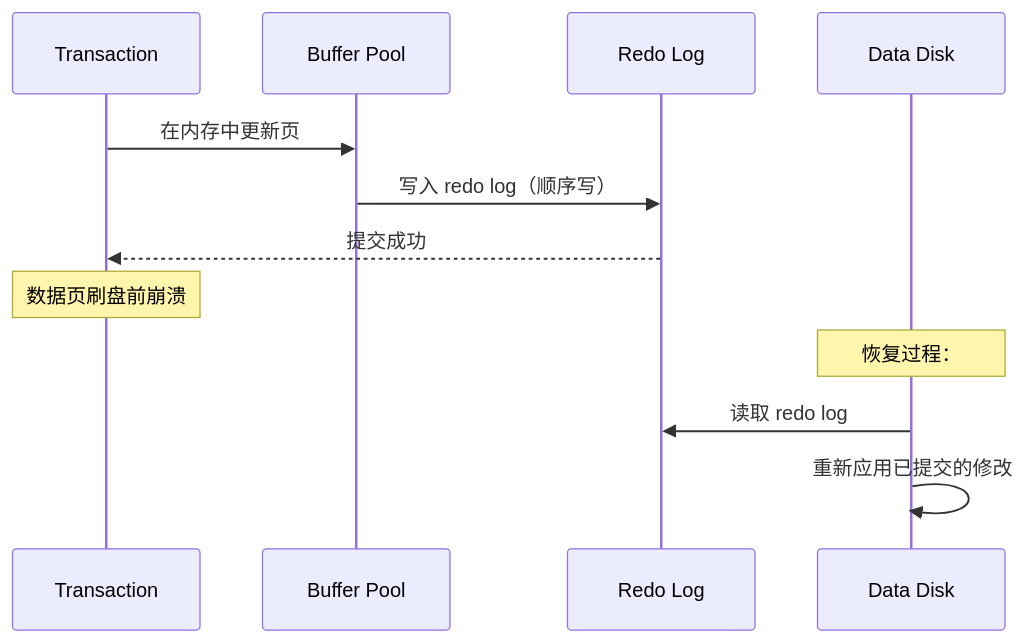
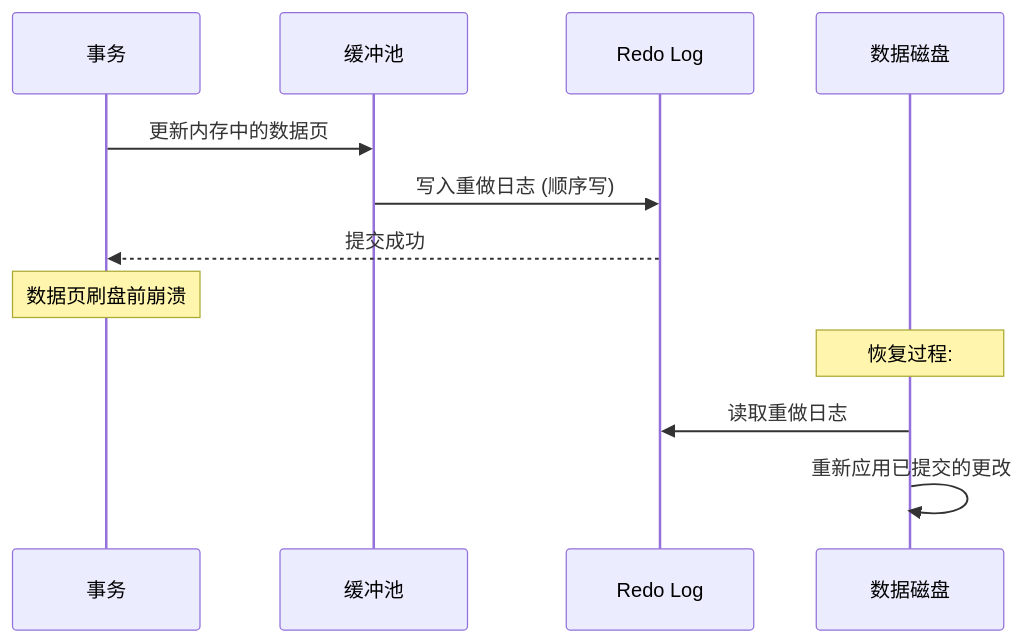
One commit to YiWang24/AiDIY changed the second of 5 diagrams in i18n/zh-Hans/docusaurus-plugin-content-docs/current/cs/database/mysql/transactions.mdx. Above: the diagram before and after it, drawn with Mermaid. The commit also changed other lines of this file and 59 other files, not shown here.

````diff
--- a/i18n/zh-Hans/docusaurus-plugin-content-docs/current/cs/database/mysql/transactions.mdx
+++ b/i18n/zh-Hans/docusaurus-plugin-content-docs/current/cs/database/mysql/transactions.mdx
@@ -123,17 +123,17 @@
 ```mermaid
 sequenceDiagram
-    participant T as Transaction
-    participant Buffer as Buffer Pool
+    participant T as 事务
+    participant Buffer as 缓冲池
     participant Redo as Redo Log
-    participant Disk as Data Disk
+    participant Disk as 数据磁盘
 
-    T->>Buffer: 在内存中更新页
-    Buffer->>Redo: 写入 redo log（顺序写）
+    T->>Buffer: 更新内存中的数据页
+    Buffer->>Redo: 写入重做日志 (顺序写)
     Redo-->>T: 提交成功
 
     Note over T: 数据页刷盘前崩溃
 
-    Note over Disk: 恢复过程：
-    Disk->>Redo: 读取 redo log
-    Disk->>Disk: 重新应用已提交的修改
+    Note over Disk: 恢复过程:
+    Disk->>Redo: 读取重做日志
+    Disk->>Disk: 重新应用已提交的更改
 ```
````
